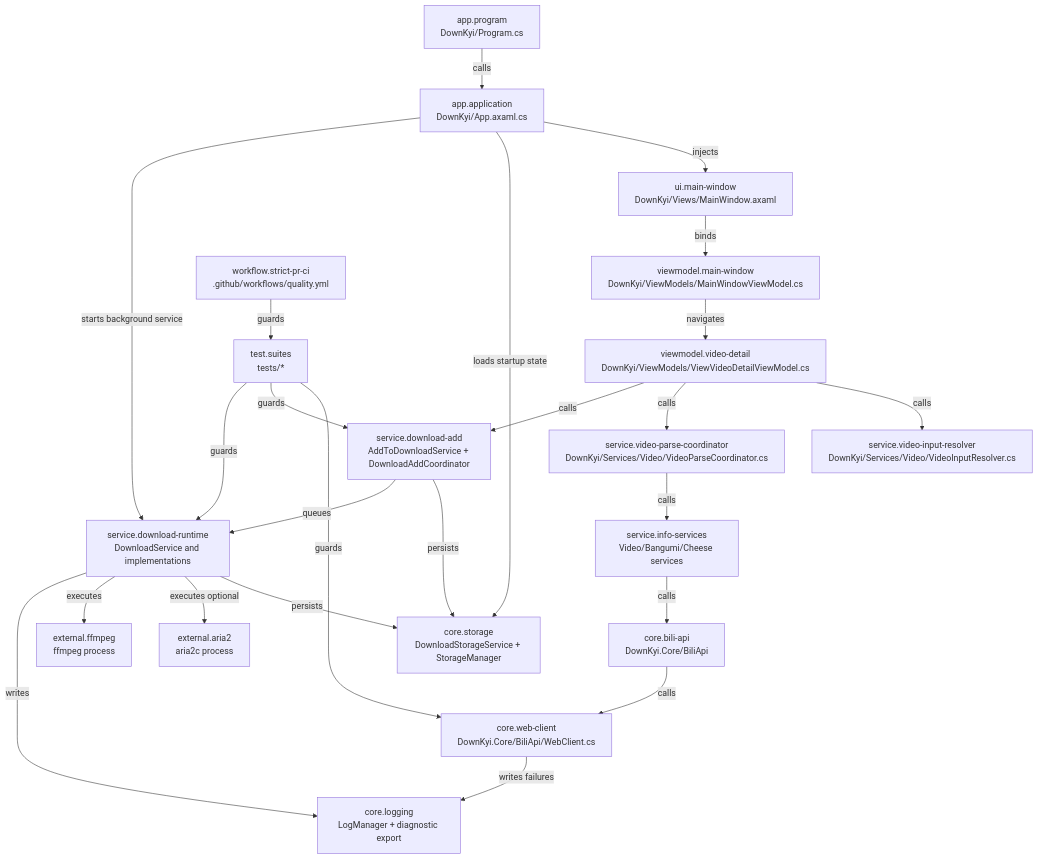
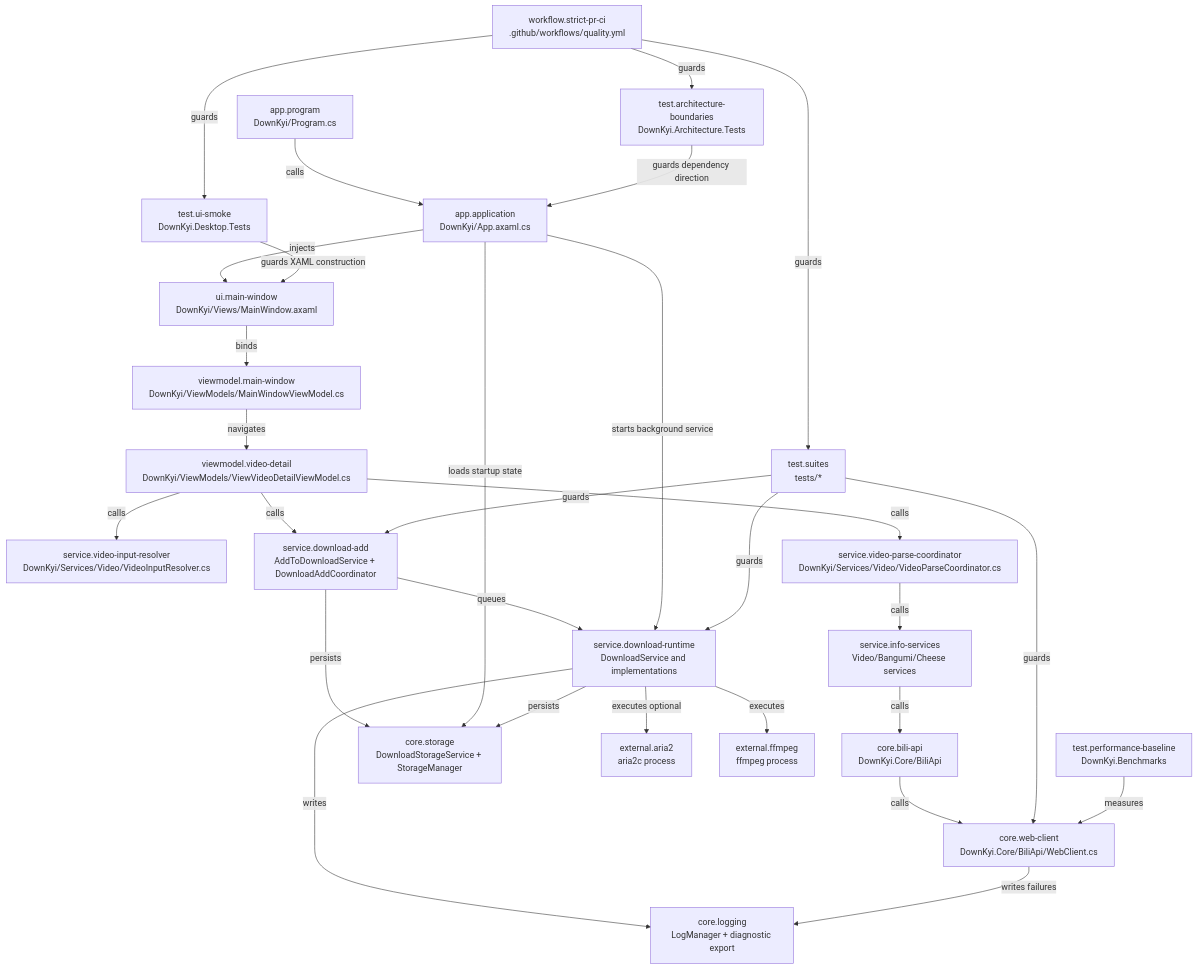
The first of 4 diagrams in docs/ai-knowledge-graph.md (crazysmile-PhD/downkyicore), drawn with Mermaid before and after one commit. The commit also changed other lines of this file and 31 other files, not shown here.

Commit message:
test: establish architecture and behavior baseline

````diff
--- a/docs/ai-knowledge-graph.md
+++ b/docs/ai-knowledge-graph.md
@@ -63,45 +63,53 @@
 ```mermaid
 flowchart TD
     Program["app.program\nDownKyi/Program.cs"]
     App["app.application\nDownKyi/App.axaml.cs"]
     MainWindow["ui.main-window\nDownKyi/Views/MainWindow.axaml"]
     MainVm["viewmodel.main-window\nDownKyi/ViewModels/MainWindowViewModel.cs"]
     VideoVm["viewmodel.video-detail\nDownKyi/ViewModels/ViewVideoDetailViewModel.cs"]
     Resolver["service.video-input-resolver\nDownKyi/Services/Video/VideoInputResolver.cs"]
     Parser["service.video-parse-coordinator\nDownKyi/Services/Video/VideoParseCoordinator.cs"]
     InfoServices["service.info-services\nVideo/Bangumi/Cheese services"]
     BiliApi["core.bili-api\nDownKyi.Core/BiliApi"]
     WebClient["core.web-client\nDownKyi.Core/BiliApi/WebClient.cs"]
     DownloadAdd["service.download-add\nAddToDownloadService + DownloadAddCoordinator"]
     DownloadService["service.download-runtime\nDownloadService and implementations"]
     Storage["core.storage\nDownloadStorageService + StorageManager"]
     Aria["external.aria2\naria2c process"]
     FFmpeg["external.ffmpeg\nffmpeg process"]
     Logs["core.logging\nLogManager + diagnostic export"]
     Tests["test.suites\ntests/*"]
+    ArchitectureTests["test.architecture-boundaries\nDownKyi.Architecture.Tests"]
+    UiSmoke["test.ui-smoke\nDownKyi.Desktop.Tests"]
+    Benchmarks["test.performance-baseline\nDownKyi.Benchmarks"]
     CI["workflow.strict-pr-ci\n.github/workflows/quality.yml"]
 
     Program -->|calls| App
     App -->|injects| MainWindow
     MainWindow -->|binds| MainVm
     MainVm -->|navigates| VideoVm
     VideoVm -->|calls| Resolver
     VideoVm -->|calls| Parser
     Parser -->|calls| InfoServices
     InfoServices -->|calls| BiliApi
     BiliApi -->|calls| WebClient
     VideoVm -->|calls| DownloadAdd
     DownloadAdd -->|persists| Storage
     DownloadAdd -->|queues| DownloadService
     App -->|loads startup state| Storage
     App -->|starts background service| DownloadService
     DownloadService -->|persists| Storage
     DownloadService -->|executes optional| Aria
     DownloadService -->|executes| FFmpeg
     DownloadService -->|writes| Logs
     WebClient -->|writes failures| Logs
     Tests -->|guards| WebClient
     Tests -->|guards| DownloadAdd
     Tests -->|guards| DownloadService
+    ArchitectureTests -->|guards dependency direction| App
+    UiSmoke -->|guards XAML construction| MainWindow
+    Benchmarks -->|measures| WebClient
     CI -->|guards| Tests
+    CI -->|guards| ArchitectureTests
+    CI -->|guards| UiSmoke
 ```
````
